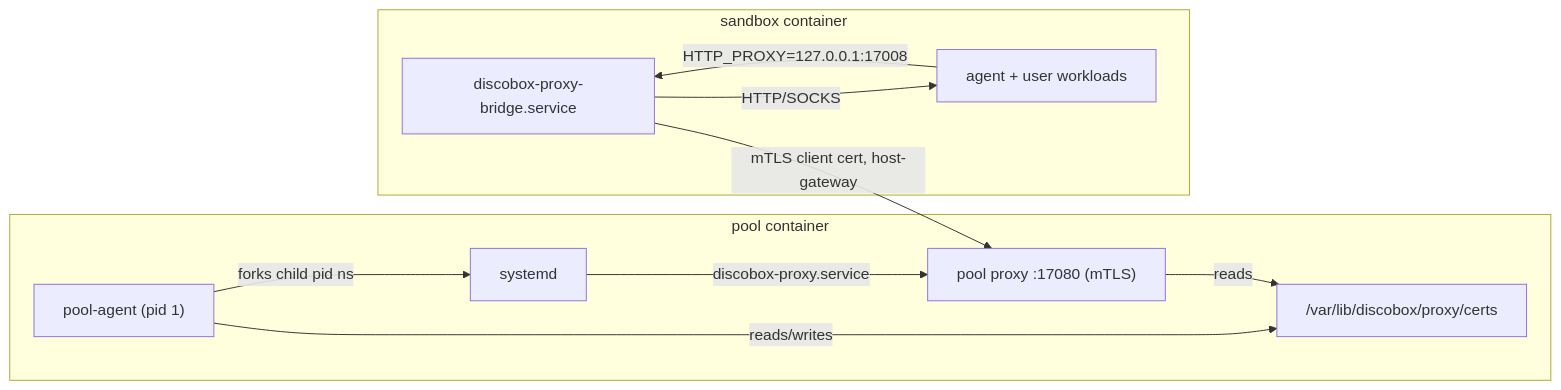
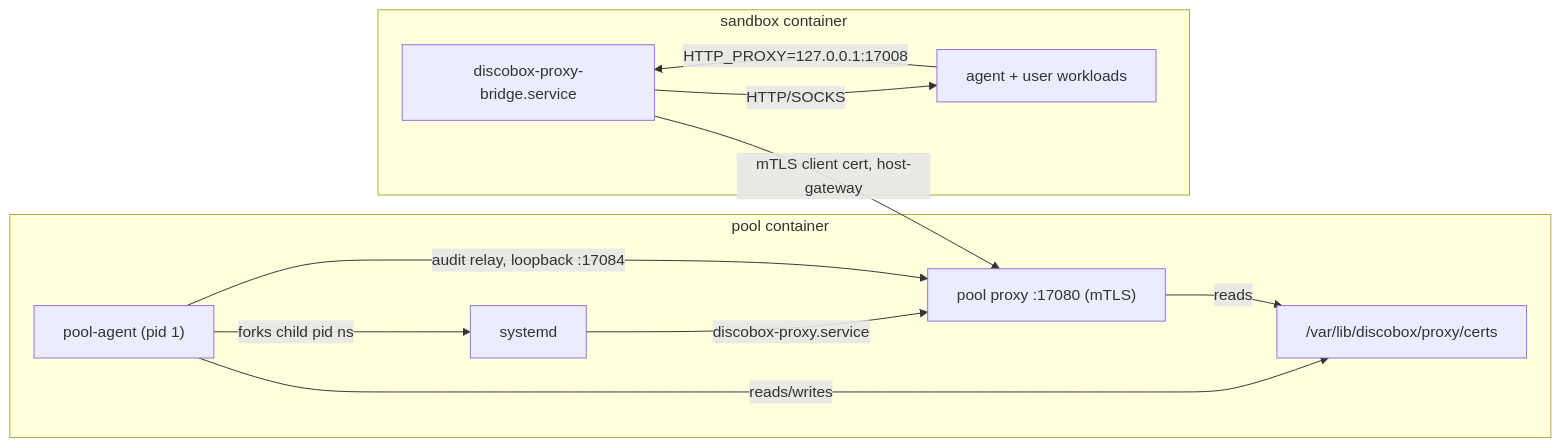
One commit to discobox-ai/discobox changed the first of 3 diagrams in pool-agent/DESIGN.md. Above: the diagram before and after it, drawn with Mermaid. The commit also changed other lines of this file and 27 other files, not shown here.

````diff
--- a/pool-agent/DESIGN.md
+++ b/pool-agent/DESIGN.md
@@ -518,14 +548,15 @@
 ```mermaid
 flowchart LR
     subgraph pool["pool container"]
         agent["pool-agent (pid 1)"] -->|"forks child pid ns"| sysd["systemd"]
         sysd -->|"discobox-proxy.service"| wproxy["pool proxy :17080 (mTLS)"]
         agent -->|"reads/writes"| certs["/var/lib/discobox/proxy/certs"]
         wproxy -->|"reads"| certs
+        agent -->|"audit relay, loopback :17084"| wproxy
     end
     subgraph sandbox["sandbox container"]
         bridge["discobox-proxy-bridge.service"] -->|"HTTP/SOCKS"| tools["agent + user workloads"]
     end
     tools -->|"HTTP_PROXY=127.0.0.1:17008"| bridge
     bridge -->|"mTLS client cert, host-gateway"| wproxy
 ```
````
